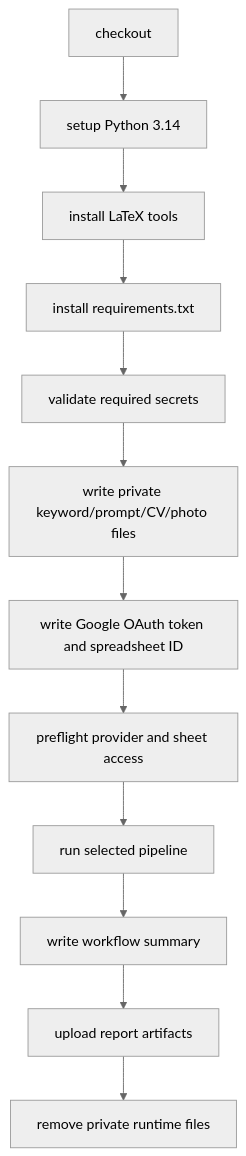
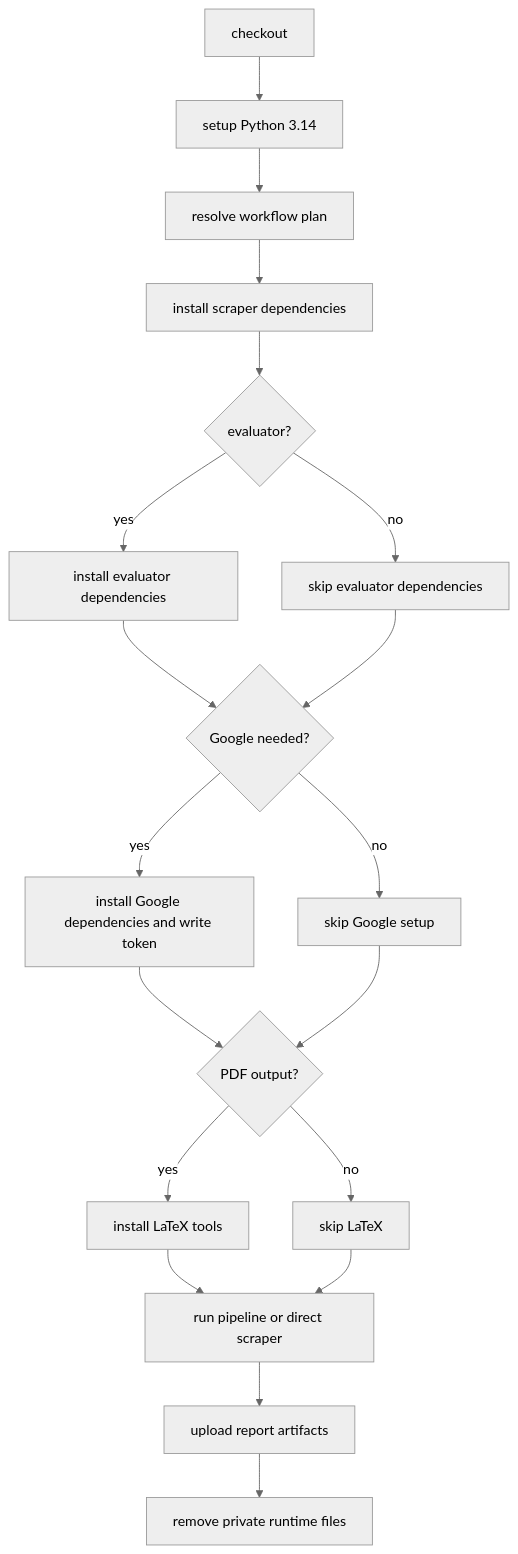
One commit to AmirDonyadide/JobFinder changed the diagram in .github/workflows/README.md. Above: the diagram before and after it, drawn with Mermaid (neutral theme). The commit also changed other lines of this file and 15 other files, not shown here.

````diff
--- a/.github/workflows/README.md
+++ b/.github/workflows/README.md
@@ -87,14 +89,21 @@
 ```mermaid
 flowchart TD
     A["checkout"] --> B["setup Python 3.14"]
-    B --> C["install LaTeX tools"]
-    C --> D["install requirements.txt"]
-    D --> E["validate required secrets"]
-    E --> F["write private keyword/prompt/CV/photo files"]
-    F --> G["write Google OAuth token and spreadsheet ID"]
-    G --> H["preflight provider and sheet access"]
-    H --> I["run selected pipeline"]
-    I --> J["write workflow summary"]
-    J --> K["upload report artifacts"]
-    K --> L["remove private runtime files"]
+    B --> C["resolve workflow plan"]
+    C --> D["install scraper dependencies"]
+    D --> E{"evaluator?"}
+    E -- yes --> F["install evaluator dependencies"]
+    E -- no --> G["skip evaluator dependencies"]
+    F --> H{"Google needed?"}
+    G --> H
+    H -- yes --> I["install Google dependencies and write token"]
+    H -- no --> J["skip Google setup"]
+    I --> K{"PDF output?"}
+    J --> K
+    K -- yes --> L["install LaTeX tools"]
+    K -- no --> M["skip LaTeX"]
+    L --> N["run pipeline or direct scraper"]
+    M --> N
+    N --> O["upload report artifacts"]
+    O --> P["remove private runtime files"]
 ```
````
